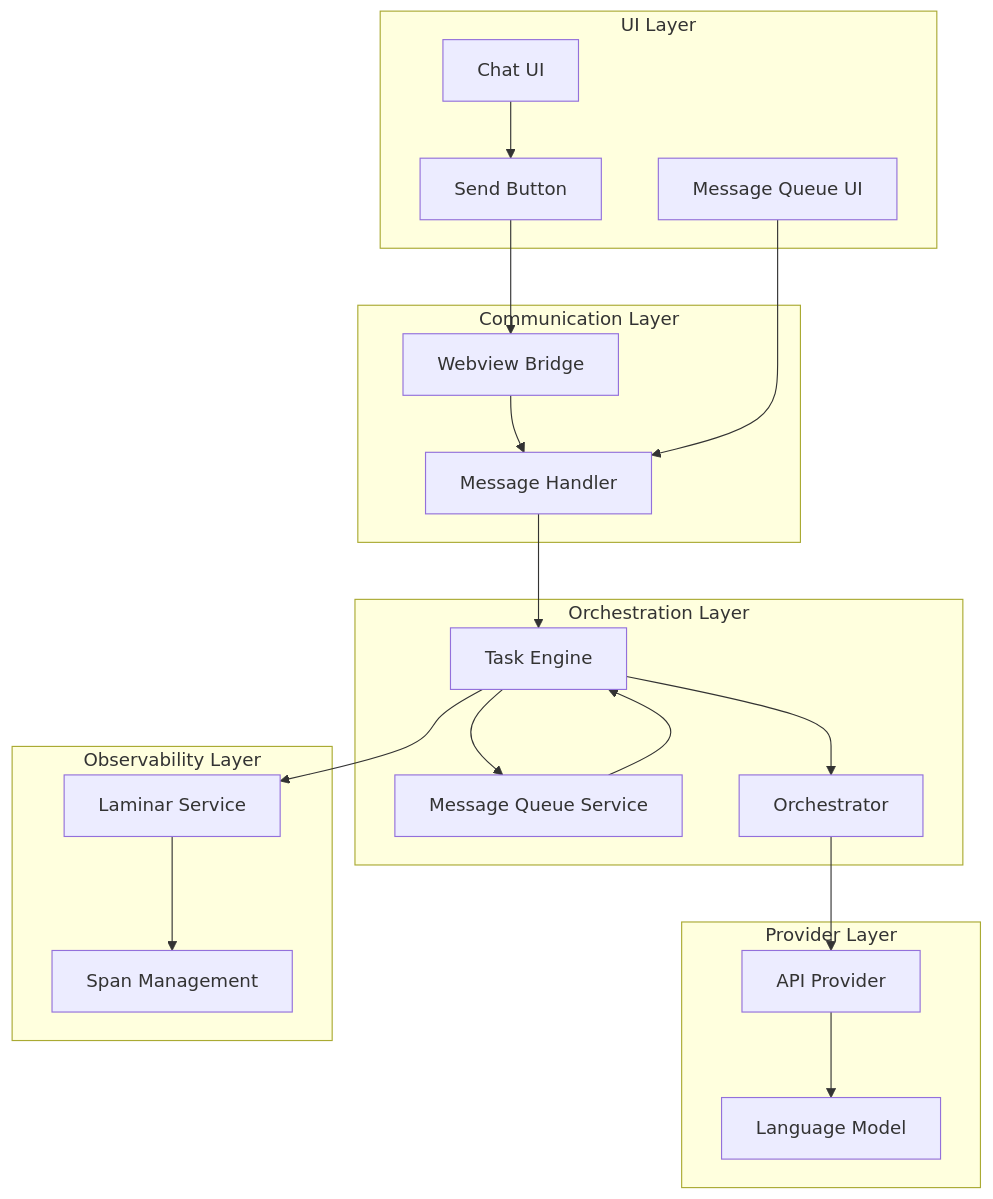
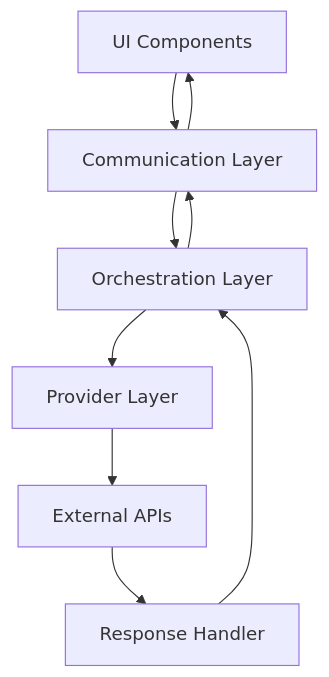
The diagram in docs/architecture/DUPLICATE_API_REQUESTS_TROUBLESHOOTING.md (mschulkind/kilocode), drawn with Mermaid before and after one commit. The commit also changed other lines of this file and 41 other files, not shown here.

````diff
--- a/docs/architecture/DUPLICATE_API_REQUESTS_TROUBLESHOOTING.md
+++ b/docs/architecture/DUPLICATE_API_REQUESTS_TROUBLESHOOTING.md
@@ -66,44 +45,11 @@
 ```mermaid
 graph TB
-    subgraph "UI Layer"
-        UI[Chat UI]
-        BTN[Send Button]
-        QUEUE[Message Queue UI]
-    end
-
-    subgraph "Communication Layer"
-        WV[Webview Bridge]
-        MSG[Message Handler]
-    end
-
-    subgraph "Orchestration Layer"
-        TASK[Task Engine]
-        MQS[Message Queue Service]
-        ORCH[Orchestrator]
-    end
-
-    subgraph "Provider Layer"
-        API[API Provider]
-        LM[Language Model]
-    end
-
-    subgraph "Observability Layer"
-        LAMINAR[Laminar Service]
-        SPAN[Span Management]
-    end
-
-    UI --> BTN
-    BTN --> WV
-    WV --> MSG
-    MSG --> TASK
-    TASK --> MQS
-    TASK --> ORCH
-    ORCH --> API
-    API --> LM
-
-    TASK --> LAMINAR
-    LAMINAR --> SPAN
-
-    QUEUE --> MSG
-    MQS --> TASK
+    A[UI Components] --> B[Communication Layer]
+    B --> C[Orchestration Layer]
+    C --> D[Provider Layer]
+    D --> E[External APIs]
+    E --> F[Response Handler]
+    F --> C
+    C --> B
+    B --> A
 ```
````
